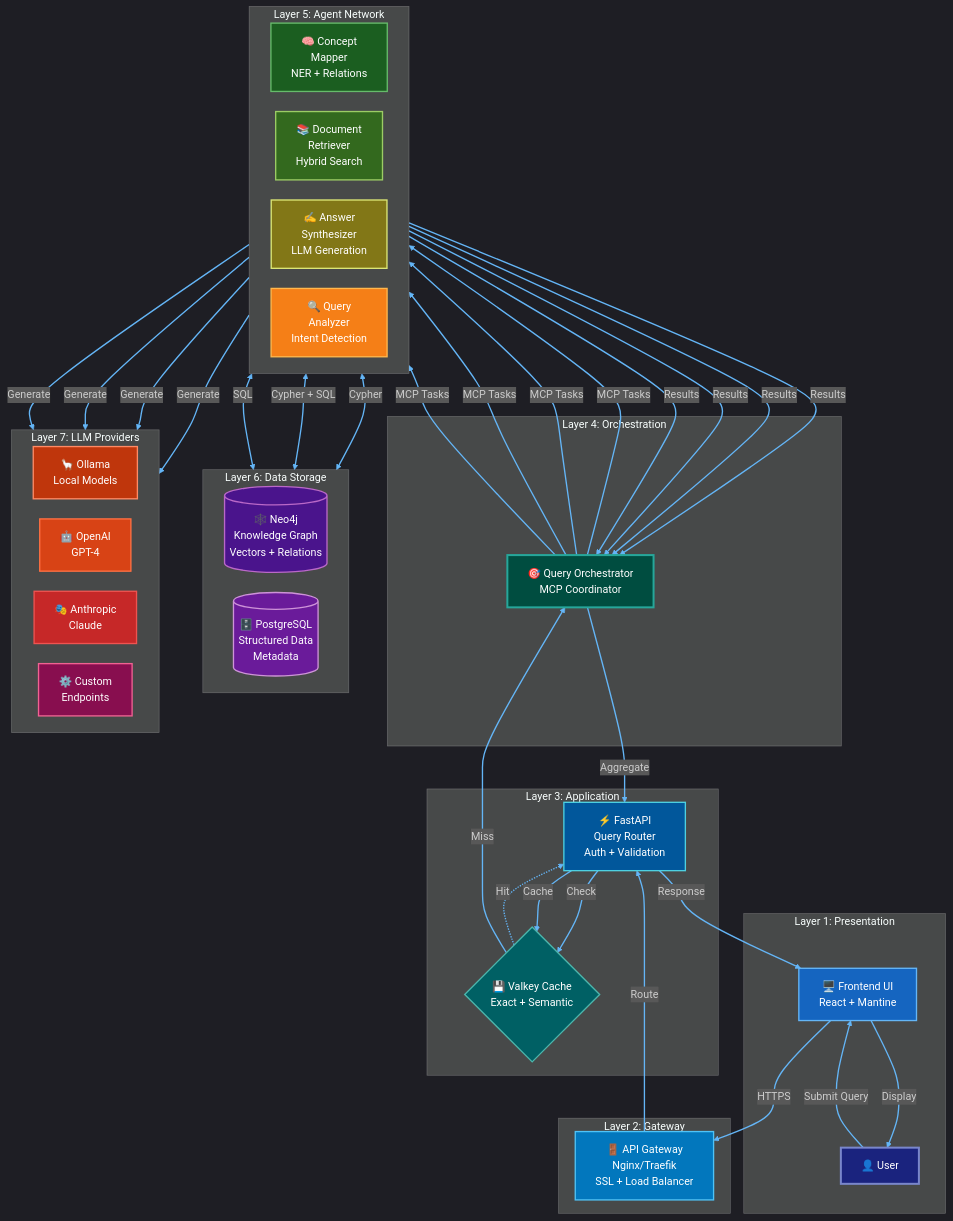
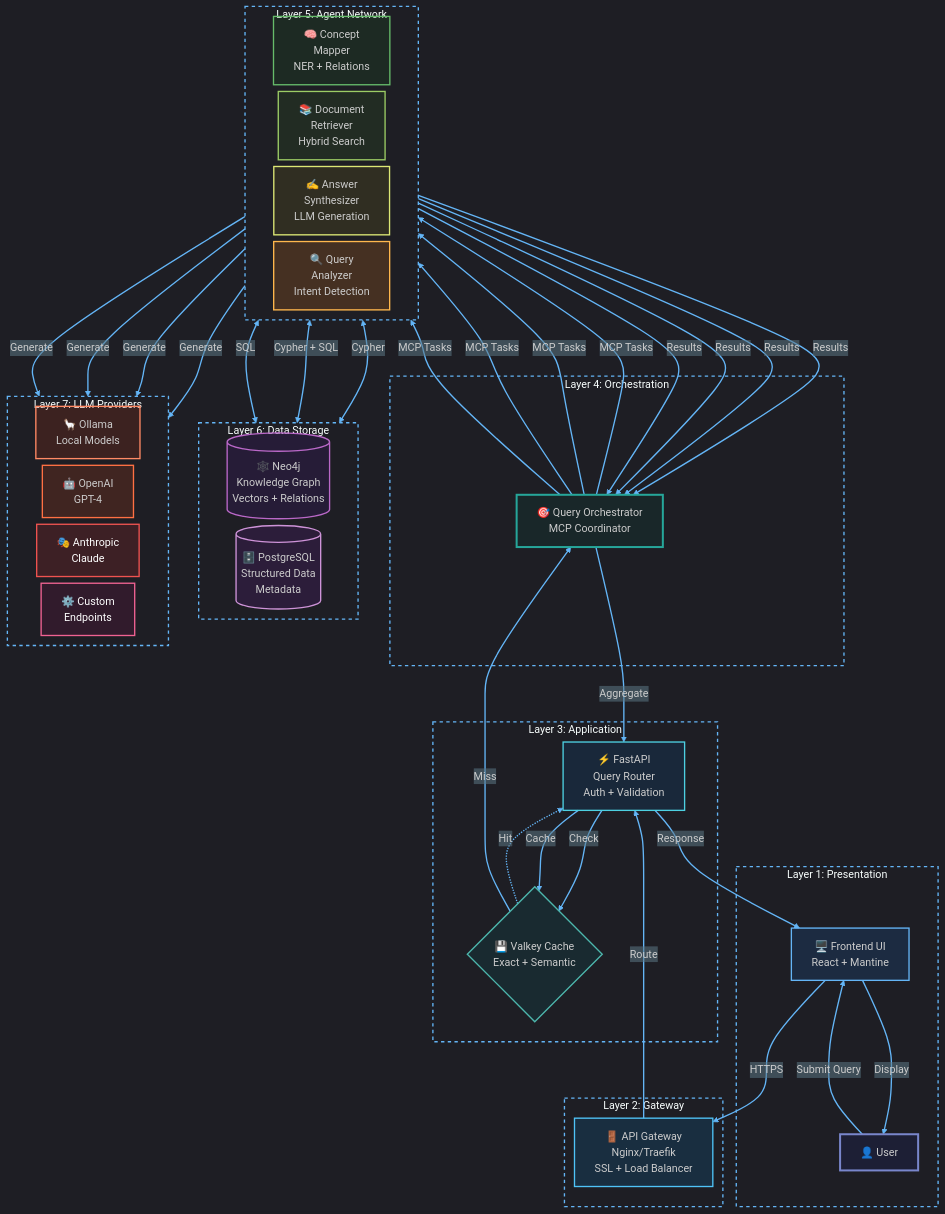
One commit to veics/rage_pitch changed the tenth of 24 diagrams in docs/ARCHITECTURE.md. Above: the diagram before and after it, drawn with Mermaid. The commit also changed other lines of this file and 8 other files, not shown here.

````diff
--- a/docs/ARCHITECTURE.md
+++ b/docs/ARCHITECTURE.md
@@ -553,59 +591,59 @@
 ```mermaid
-%%{init: {'theme':'dark', 'flowchart': {'nodeSpacing': 30, 'rankSpacing': 40, 'curve': 'basis'}}}%%
-graph TB
+%%{init: {'theme':'dark', 'flowchart': {'nodeSpacing': 10, 'rankSpacing': 60, 'curve': 'basis', 'useMaxWidth': true}, 'themeVariables': {'labelBackground':'rgba(38, 50, 56, 0.1)'}}}%%
+graph TD
     %% Title: 3D Architecture Layers
-    subgraph "Layer 1: Presentation"
+    subgraph Layer_1["Layer 1: Presentation"]
         User[👤 User]
         UI[🖥️ Frontend UI<br/>React + Mantine]
     end
-    
-    subgraph "Layer 2: Gateway"
+
+    subgraph Layer_2["Layer 2: Gateway"]
         Gateway[🚪 API Gateway<br/>Nginx/Traefik<br/>SSL + Load Balancer]
     end
-    
-    subgraph "Layer 3: Application"
+
+    subgraph Layer_3["Layer 3: Application"]
         API[⚡ FastAPI<br/>Query Router<br/>Auth + Validation]
         Cache{💾 Valkey Cache<br/>Exact + Semantic}
     end
-    
-    subgraph "Layer 4: Orchestration"
+
+    subgraph Layer_4["Layer 4: Orchestration"]
         Orch[🎯 Query Orchestrator<br/>MCP Coordinator]
     end
-    
-    subgraph "Layer 5: Agent Network"
+
+    subgraph Layer_5["Layer 5: Agent Network"]
         direction LR
         CM[🧠 Concept<br/>Mapper<br/>NER + Relations]
         DR[📚 Document<br/>Retriever<br/>Hybrid Search]
         AS[✍️ Answer<br/>Synthesizer<br/>LLM Generation]
         QA[🔍 Query<br/>Analyzer<br/>Intent Detection]
     end
-    
-    subgraph "Layer 6: Data Storage"
+
+    subgraph Layer_6["Layer 6: Data Storage"]
         direction LR
         Neo4j[(🕸️ Neo4j<br/>Knowledge Graph<br/>Vectors + Relations)]
         PG[(🗄️ PostgreSQL<br/>Structured Data<br/>Metadata)]
     end
-    
-    subgraph "Layer 7: LLM Providers"
+
+    subgraph Layer_7["Layer 7: LLM Providers"]
         direction LR
         Ollama[🦙 Ollama<br/>Local Models]
         OpenAI[🤖 OpenAI<br/>GPT-4]
         Claude[🎭 Anthropic<br/>Claude]
         Custom[⚙️ Custom<br/>Endpoints]
     end
-    
+
     User -->|Submit Query| UI
     UI -->|HTTPS| Gateway
     Gateway -->|Route| API
     API -->|Check| Cache
     Cache -.->|Hit| API
     Cache -->|Miss| Orch
-    
+
     Orch -->|MCP Tasks| CM
     Orch -->|MCP Tasks| DR
     Orch -->|MCP Tasks| AS
     Orch -->|MCP Tasks| QA
-    
+
     CM <-->|Cypher| Neo4j
     DR <-->|Cypher + SQL| Neo4j
     DR <-->|SQL| PG
@@ -613,33 +651,50 @@
     AS -->|Generate| OpenAI
     AS -->|Generate| Claude
     AS -->|Generate| Custom
-    
+
     CM -->|Results| Orch
     DR -->|Results| Orch
     AS -->|Results| Orch
     QA -->|Results| Orch
-    
+
     Orch -->|Aggregate| API
     API -->|Cache| Cache
     API -->|Response| UI
     UI -->|Display| User
+
+    style User fill:#1a237e,fill-opacity:0.18,stroke:#7986cb,stroke-width:3px
+    style UI fill:#1565c0,fill-opacity:0.18,stroke:#64b5f6,stroke-width:2px
+    style Gateway fill:#0277bd,fill-opacity:0.18,stroke:#4fc3f7,stroke-width:2px
+    style API fill:#01579b,fill-opacity:0.18,stroke:#4dd0e1,stroke-width:2px
+    style Cache fill:#006064,fill-opacity:0.18,stroke:#4db6ac,stroke-width:2px
+    style Orch fill:#004d40,fill-opacity:0.18,stroke:#26a69a,stroke-width:3px
+    style CM fill:#1b5e20,fill-opacity:0.18,stroke:#66bb6a,stroke-width:2px
+    style DR fill:#33691e,fill-opacity:0.18,stroke:#9ccc65,stroke-width:2px
+    style AS fill:#827717,fill-opacity:0.18,stroke:#dce775,stroke-width:2px
+    style QA fill:#f57f17,fill-opacity:0.18,stroke:#ffb74d,stroke-width:2px
+    style Neo4j fill:#4a148c,fill-opacity:0.18,stroke:#ba68c8,stroke-width:2px
+    style PG fill:#6a1b9a,fill-opacity:0.18,stroke:#ce93d8,stroke-width:2px
+    style Ollama fill:#bf360c,fill-opacity:0.18,stroke:#ff8a65,stroke-width:2px
+    style OpenAI fill:#d84315,fill-opacity:0.18,stroke:#ff7043,stroke-width:2px
+    style Claude fill:#c62828,fill-opacity:0.18,stroke:#ef5350,stroke-width:2px,color:#fff
+    style Custom fill:#880e4f,fill-opacity:0.18,stroke:#f06292,stroke-width:2px,color:#fff
+
+    %% Styling
+    classDef titleStyle fill:#263238,fill-opacity:0.3,stroke:#64b5f6,stroke-width:2px,font-weight:bold,font-size:16px;
+    classDef networkStyle fill:#004d40,fill-opacity:0.18,stroke:#4db6ac,stroke-width:2px,stroke-dasharray:5 5;
+    classDef p2pStyle fill:#1a237e,fill-opacity:0.18,stroke:#7986cb,stroke-width:2px;
+    classDef cdnStyle fill:#4a148c,fill-opacity:0.18,stroke:#ba68c8,stroke-width:2px;
+    classDef fedStyle fill:#b71c1c,fill-opacity:0.18,stroke:#ef5350,stroke-width:2px;
+    classDef boxStyle fill:none,stroke:#64b5f6,stroke-width:2px,stroke-dasharray:5 5;
+
+    classDef spacer opacity:0;
     
-    style User fill:#1a237e,stroke:#7986cb,stroke-width:3px,color:#fff
-    style UI fill:#1565c0,stroke:#64b5f6,stroke-width:2px,color:#fff
-    style Gateway fill:#0277bd,stroke:#4fc3f7,stroke-width:2px,color:#fff
-    style API fill:#01579b,stroke:#4dd0e1,stroke-width:2px,color:#fff
-    style Cache fill:#006064,stroke:#4db6ac,stroke-width:2px,color:#fff
-    style Orch fill:#004d40,stroke:#26a69a,stroke-width:3px,color:#fff
-    style CM fill:#1b5e20,stroke:#66bb6a,stroke-width:2px,color:#fff
-    style DR fill:#33691e,stroke:#9ccc65,stroke-width:2px,color:#fff
-    style AS fill:#827717,stroke:#dce775,stroke-width:2px,color:#fff
-    style QA fill:#f57f17,stroke:#ffb74d,stroke-width:2px,color:#fff
-    style Neo4j fill:#4a148c,stroke:#ba68c8,stroke-width:2px,color:#fff
-    style PG fill:#6a1b9a,stroke:#ce93d8,stroke-width:2px,color:#fff
-    style Ollama fill:#bf360c,stroke:#ff8a65,stroke-width:2px,color:#fff
-    style OpenAI fill:#d84315,stroke:#ff7043,stroke-width:2px,color:#fff
-    style Claude fill:#c62828,stroke:#ef5350,stroke-width:2px,color:#fff
-    style Custom fill:#880e4f,stroke:#f06292,stroke-width:2px,color:#fff
-    
+    class L10,P2P_Title,CDN_Title,FED_Title titleStyle;
+    class P2P,CDN,FED,SYNC networkStyle;
+    class DISC,PEERS,GOSSIP,DHT p2pStyle;
+    class CF,FASTLY,AWS_CF,SELF cdnStyle;
+    class TRUST,ACL_FED,ID_MAP fedStyle;
+    class Layer_1,Layer_2,Layer_3,Layer_4,Layer_5,Layer_6,Layer_7 boxStyle;
+
     linkStyle default stroke:#64b5f6,stroke-width:2px;
 ```
````
